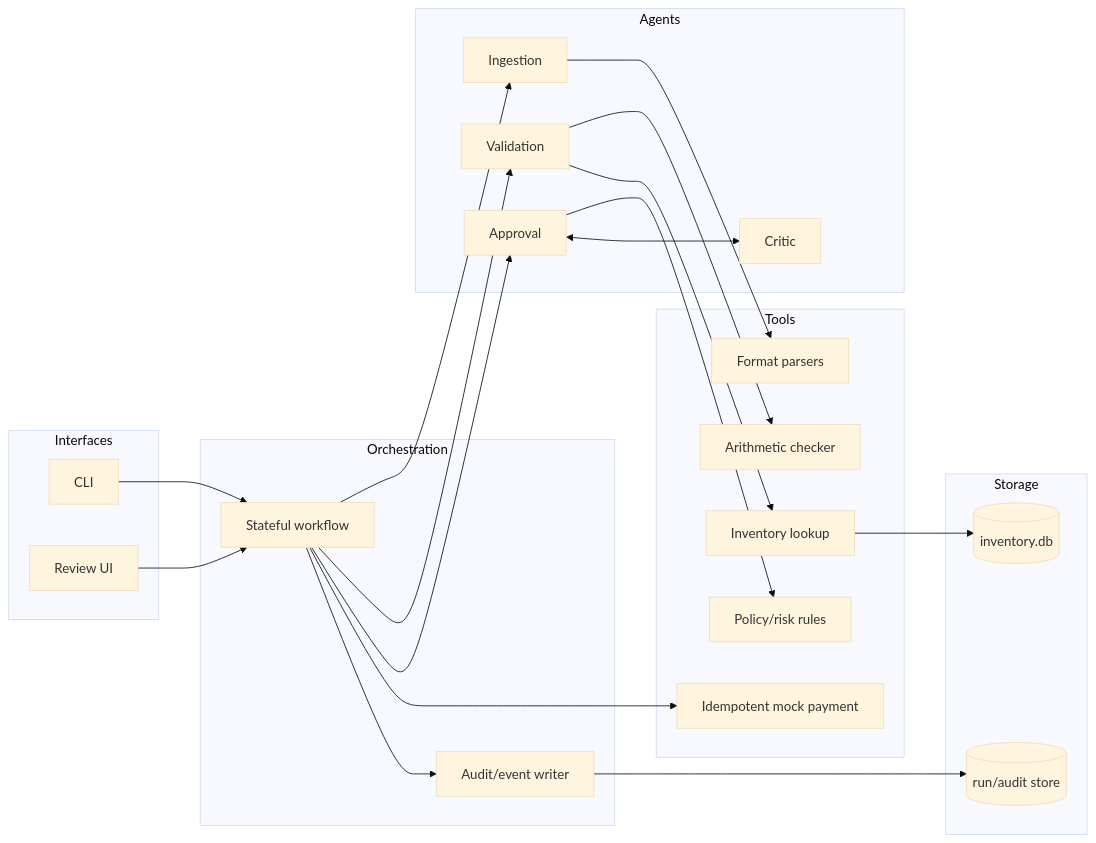
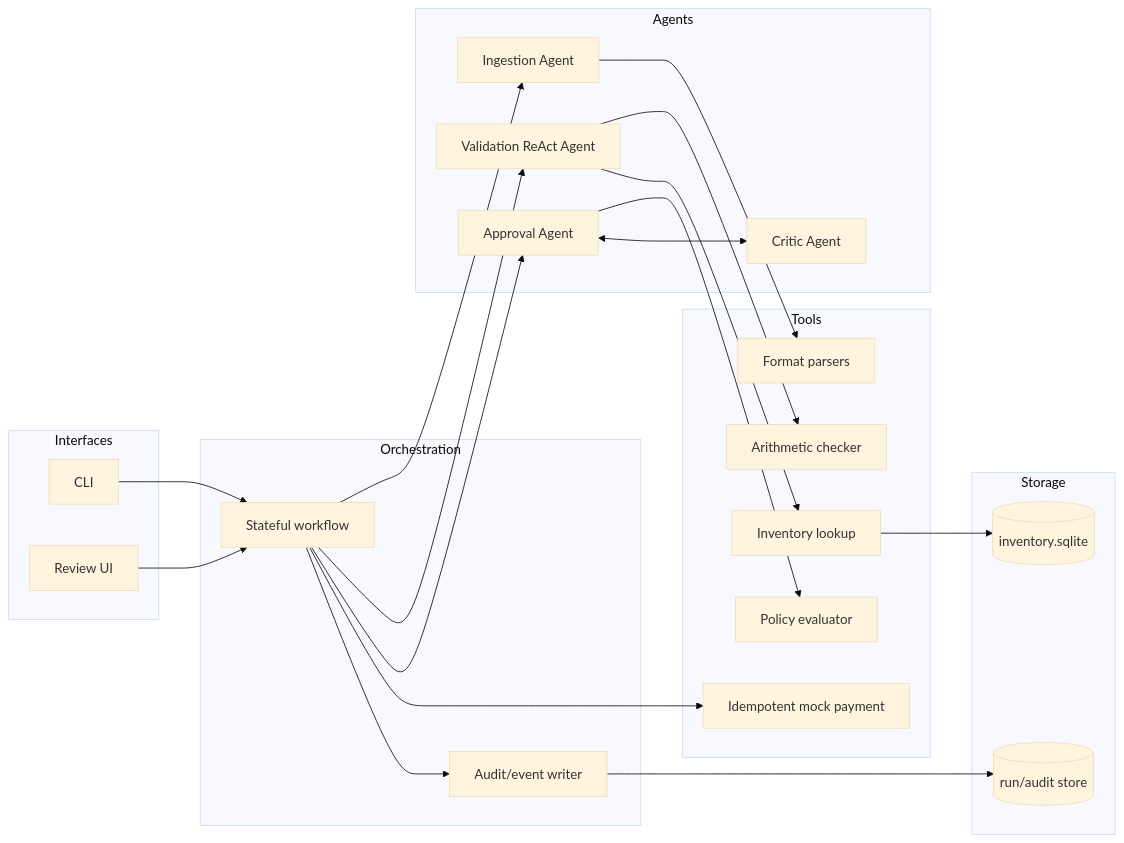
The first of 4 diagrams in docs/target-architecture.md (ConnorRussi/galatiq-case-invoices), drawn with Mermaid (base theme) before and after one commit. The commit also changed other lines of this file and 39 other files, not shown here.

````diff
--- a/docs/target-architecture.md
+++ b/docs/target-architecture.md
@@ -11,43 +22,45 @@
 ```mermaid
 flowchart LR
     subgraph Interfaces
         CLI[CLI]
         UI[Review UI]
     end
 
     subgraph Orchestration
         WF[Stateful workflow]
         AUDIT[Audit/event writer]
     end
 
     subgraph Agents
-        ING[Ingestion]
-        VAL[Validation]
-        APR[Approval]
-        CRIT[Critic]
+        ING[Ingestion Agent]
+        VAL[Validation ReAct Agent]
+        APR[Approval Agent]
+        CRIT[Critic Agent]
     end
 
     subgraph Tools
         PARSE[Format parsers]
         CALC[Arithmetic checker]
         LOOKUP[Inventory lookup]
-        RISK[Policy/risk rules]
+        RISK[Policy evaluator]
         PAY[Idempotent mock payment]
     end
 
     subgraph Storage
-        INVDB[(inventory.db)]
+        INVDB[(inventory.sqlite)]
         RUNDB[(run/audit store)]
     end
 
     CLI --> WF
     UI --> WF
-    WF --> ING --> PARSE
+    WF --> ING
+    ING --> PARSE
     WF --> VAL
     VAL --> CALC
     VAL --> LOOKUP --> INVDB
-    WF --> APR --> RISK
+    WF --> APR
+    APR --> RISK
     APR <--> CRIT
     WF --> PAY
     WF --> AUDIT --> RUNDB
 ```
````
